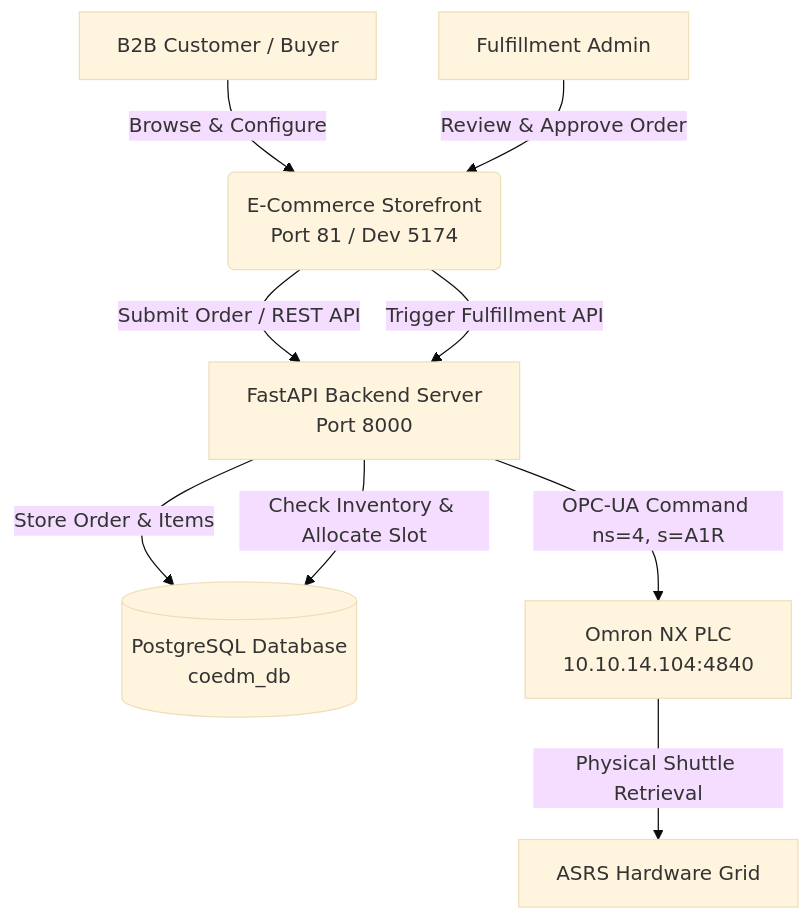
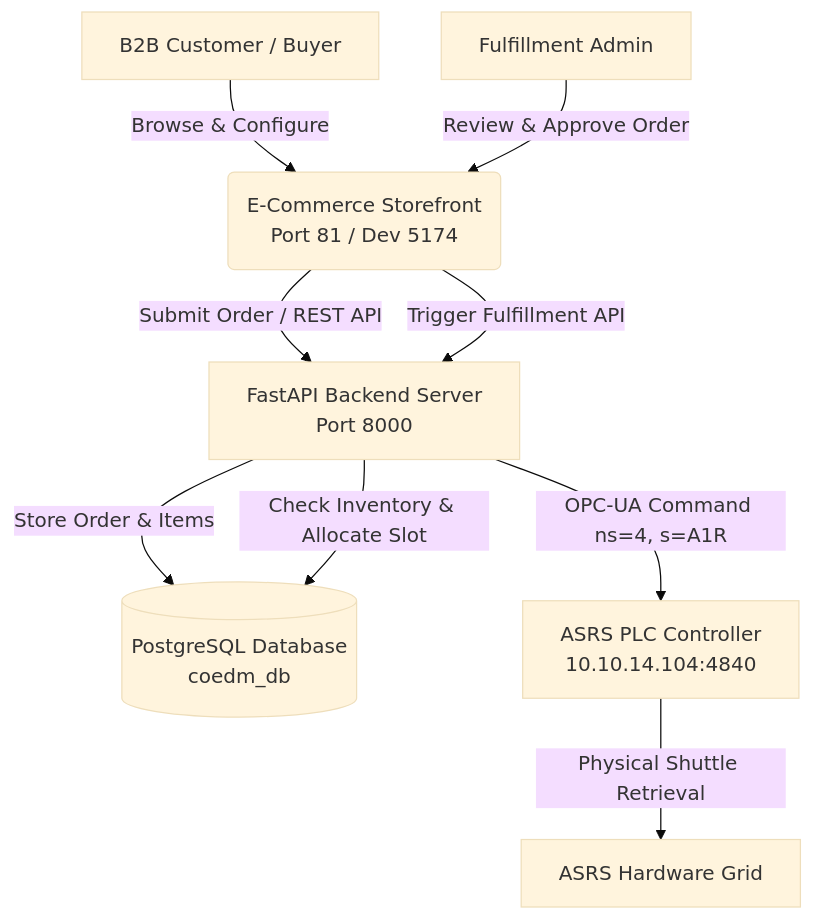
Before and after one commit to V33R-5H4H/CoEDM-smart-manufacturing-control: the diagram in ecom/README.md, drawn with Mermaid (base theme). The commit also changed other lines of this file and 15 other files, not shown here.

````diff
--- a/ecom/README.md
+++ b/ecom/README.md
@@ -11,12 +11,12 @@
 ```mermaid
 graph TD
     A[B2B Customer / Buyer] -->|Browse & Configure| B(E-Commerce Storefront<br/>Port 81 / Dev 5174)
     B -->|Submit Order / REST API| C[FastAPI Backend Server<br/>Port 8000]
     C -->|Store Order & Items| D[("PostgreSQL Database<br/>coedm_db")]
     
     E[Fulfillment Admin] -->|Review & Approve Order| B
     B -->|Trigger Fulfillment API| C
     C -->|Check Inventory & Allocate Slot| D
-    C -->|OPC-UA Command ns=4, s=A1R| F[Omron NX PLC<br/>10.10.14.104:4840]
+    C -->|OPC-UA Command ns=4, s=A1R| F[ASRS PLC Controller<br/>10.10.14.104:4840]
     F -->|Physical Shuttle Retrieval| G[ASRS Hardware Grid]
 ```
````
